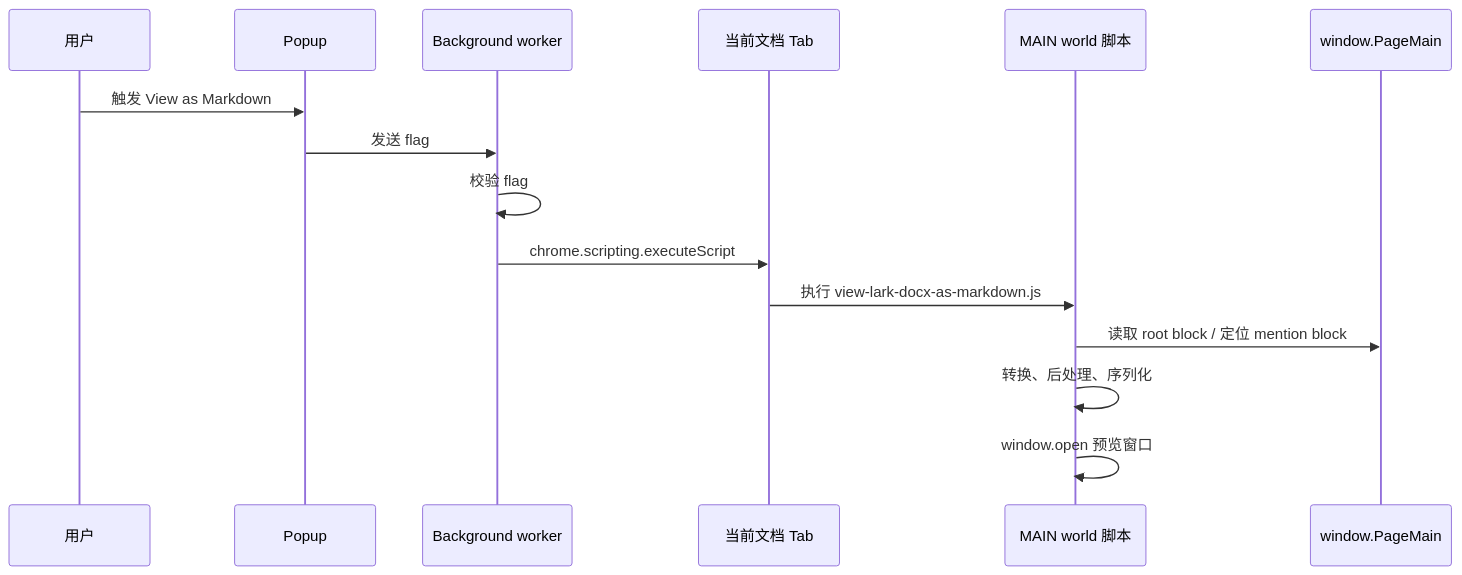
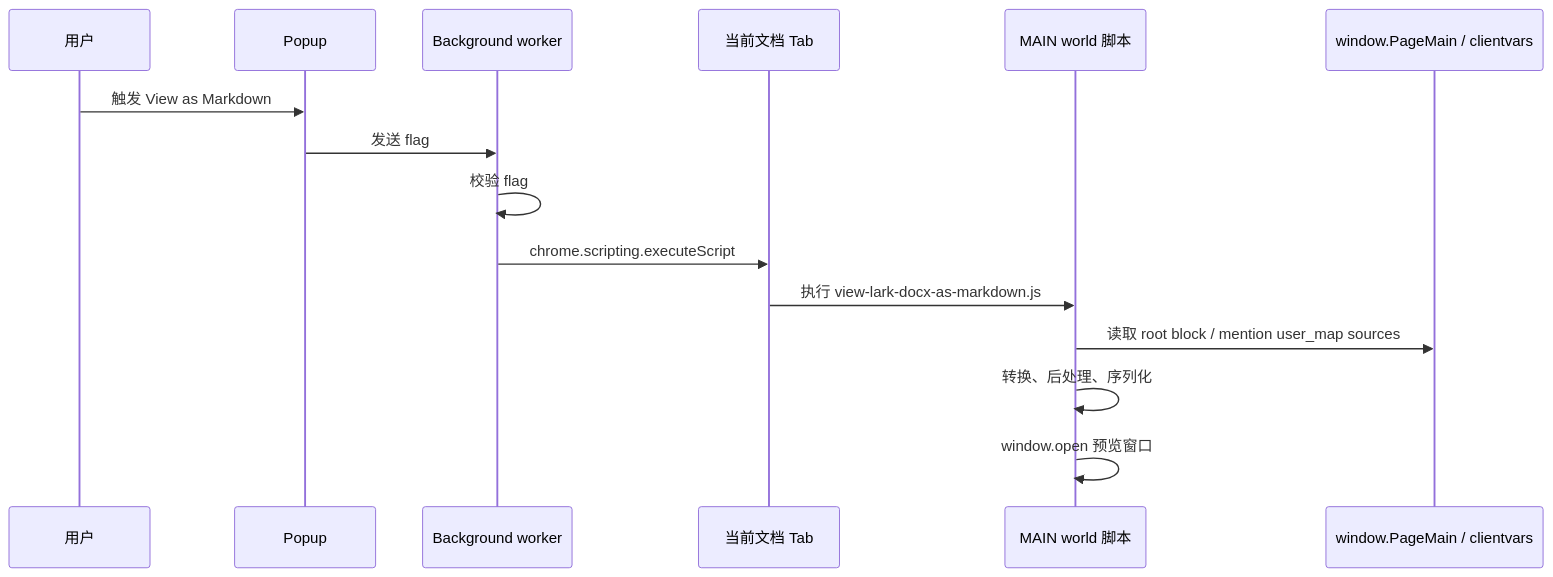
One commit to zhangpengfei-xyz/cloud-document-converter changed the second of 3 diagrams in docs/architecture-design.md. Above: the diagram before and after it, drawn with Mermaid. The commit also changed other lines of this file and 9 other files, not shown here.

````diff
--- a/docs/architecture-design.md
+++ b/docs/architecture-design.md
@@ -156,18 +156,18 @@
 ```mermaid
 sequenceDiagram
   participant U as 用户
   participant UI as Popup
   participant BG as Background worker
   participant Tab as 当前文档 Tab
   participant Main as MAIN world 脚本
-  participant PM as window.PageMain
+  participant PM as window.PageMain / clientvars
 
   U->>UI: 触发 View as Markdown
   UI->>BG: 发送 flag
   BG->>BG: 校验 flag
   BG->>Tab: chrome.scripting.executeScript
   Tab->>Main: 执行 view-lark-docx-as-markdown.js
-  Main->>PM: 读取 root block / 定位 mention block
+  Main->>PM: 读取 root block / mention user_map sources
   Main->>Main: 转换、后处理、序列化
   Main->>Main: window.open 预览窗口
 ```
````
